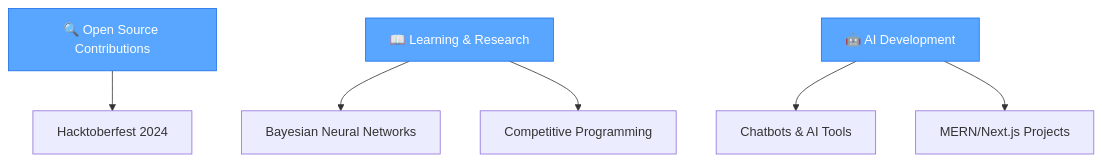
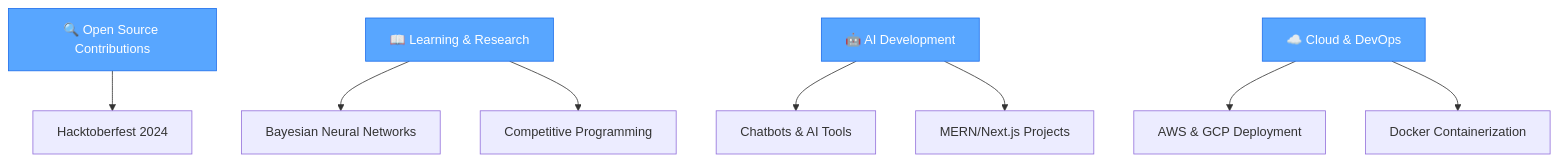
Before and after one commit to arbazahmed07/arbazahmed07: the diagram in README.md, drawn with Mermaid. The commit also changed other lines of this file, not shown here.

````diff
--- a/README.md
+++ b/README.md
@@ -51,12 +73,15 @@
 ```mermaid
 graph TD
     A[🔍 Open Source Contributions] --> B[Hacktoberfest 2024]
     C[📖 Learning & Research] --> D[Bayesian Neural Networks]
     C --> E[Competitive Programming]
     F[🤖 AI Development] --> G[Chatbots & AI Tools]
     F --> H[MERN/Next.js Projects]
+    I[☁️ Cloud & DevOps] --> J[AWS & GCP Deployment]
+    I --> K[Docker Containerization]
     
     style A fill:#58A6FF,stroke:#1F6FEB,color:#fff
     style C fill:#58A6FF,stroke:#1F6FEB,color:#fff
     style F fill:#58A6FF,stroke:#1F6FEB,color:#fff
+    style I fill:#58A6FF,stroke:#1F6FEB,color:#fff
 ```
````
